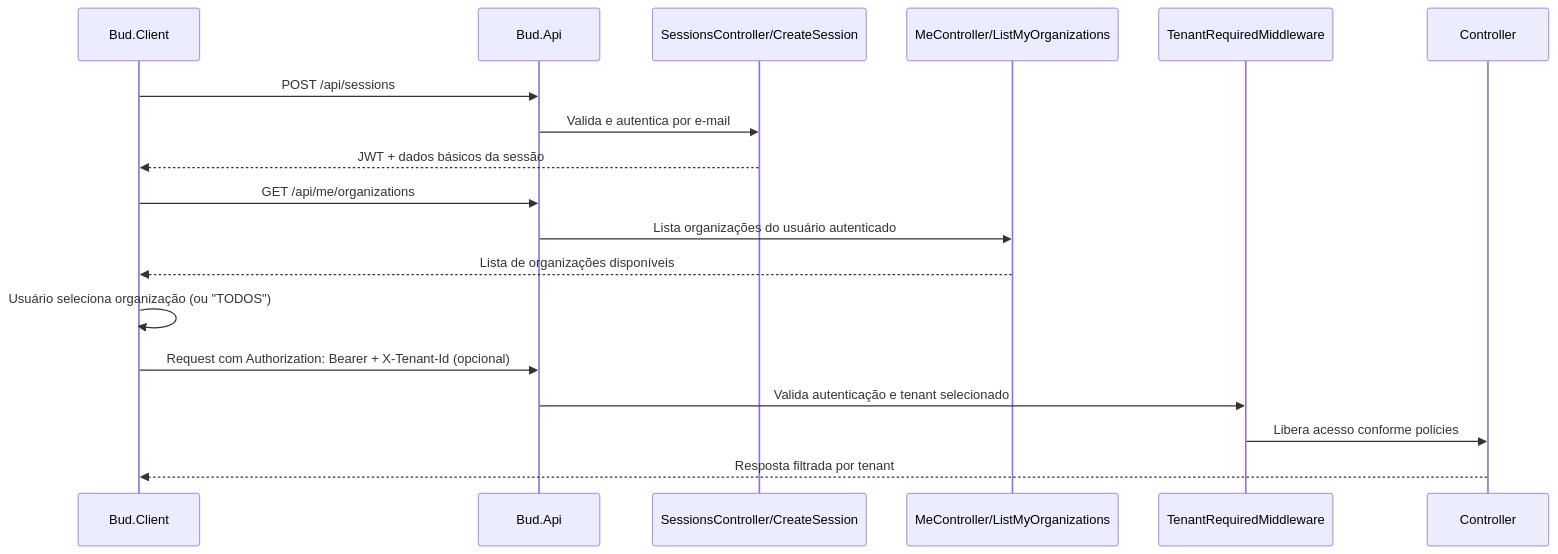
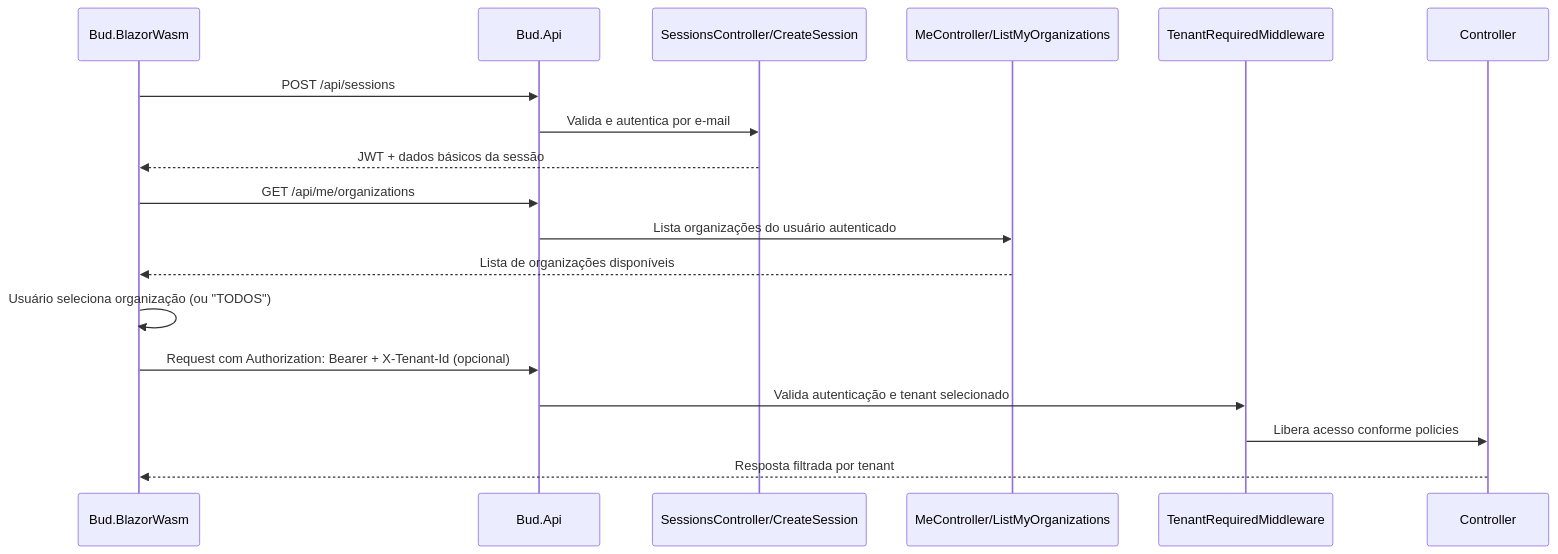
Before and after one commit to dsbraz/bud: the fifth of 11 diagrams in README.md, drawn with Mermaid. The commit also changed other lines of this file and 370 other files, not shown here.

````diff
--- a/README.md
+++ b/README.md
@@ -339,23 +339,23 @@
 ```mermaid
 sequenceDiagram
-    participant UI as Bud.Client
+    participant UI as Bud.BlazorWasm
     participant API as Bud.Api
     participant SESS as SessionsController/CreateSession
     participant ME as MeController/ListMyOrganizations
     participant TENANT as TenantRequiredMiddleware
     participant CTRL as Controller
 
     UI->>API: POST /api/sessions
     API->>SESS: Valida e autentica por e-mail
     SESS-->>UI: JWT + dados básicos da sessão
 
     UI->>API: GET /api/me/organizations
     API->>ME: Lista organizações do usuário autenticado
     ME-->>UI: Lista de organizações disponíveis
 
     UI->>UI: Usuário seleciona organização (ou "TODOS")
     UI->>API: Request com Authorization: Bearer + X-Tenant-Id (opcional)
     API->>TENANT: Valida autenticação e tenant selecionado
     TENANT->>CTRL: Libera acesso conforme policies
     CTRL-->>UI: Resposta filtrada por tenant
 ```
````
